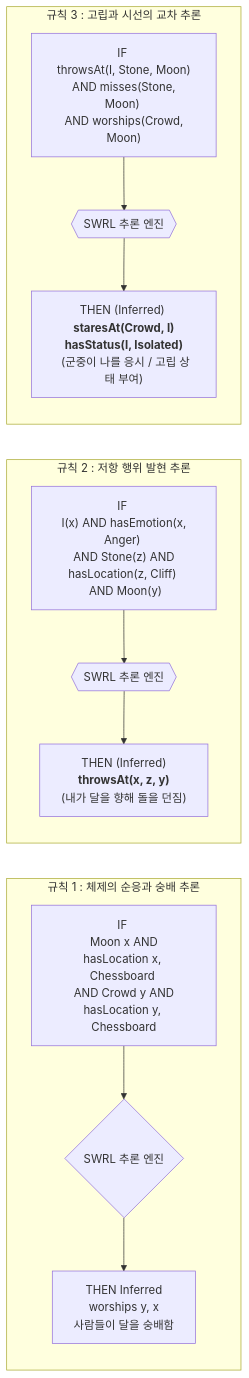
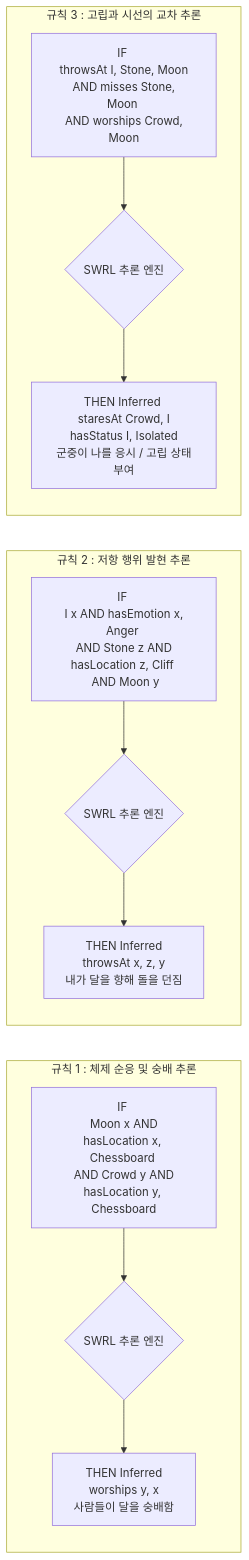
The second of 3 diagrams in index.md (hamnYK/eduContextOn), drawn with Mermaid before and after one commit. The commit also changed other lines of this file and 1 other file, not shown here.

Commit message:
feat: add English landing page with system dynamics and ontology visualizations

```diff
--- a/index.md
+++ b/index.md
@@ -58,26 +58,26 @@
       <div class="mermaid">
 graph LR
-    subgraph Rule_1 [규칙 1 : 체제의 순응과 숭배 추론]
+    subgraph Rule_1 [규칙 1 : 체제 순응 및 숭배 추론]
         R1_Cond[IF <br> Moon x AND hasLocation x, Chessboard <br> AND Crowd y AND hasLocation y, Chessboard]
         R1_Engine{SWRL 추론 엔진}
         R1_Result[THEN Inferred <br> worships y, x <br> 사람들이 달을 숭배함]
         
         R1_Cond --> R1_Engine --> R1_Result
     end
 
     subgraph Rule_2 [규칙 2 : 저항 행위 발현 추론]
-        R2_Cond["IF <br> I(x) AND hasEmotion(x, Anger) <br> AND Stone(z) AND hasLocation(z, Cliff) <br> AND Moon(y)"]
-        R2_Engine{{SWRL 추론 엔진}}
-        R2_Result["THEN (Inferred) <br> <b>throwsAt(x, z, y)</b> <br> (내가 달을 향해 돌을 던짐)"]
+        R2_Cond[IF <br> I x AND hasEmotion x, Anger <br> AND Stone z AND hasLocation z, Cliff <br> AND Moon y]
+        R2_Engine{SWRL 추론 엔진}
+        R2_Result[THEN Inferred <br> throwsAt x, z, y <br> 내가 달을 향해 돌을 던짐]
         
         R2_Cond --> R2_Engine --> R2_Result
     end
 
     subgraph Rule_3 [규칙 3 : 고립과 시선의 교차 추론]
-        R3_Cond["IF <br> throwsAt(I, Stone, Moon) <br> AND misses(Stone, Moon) <br> AND worships(Crowd, Moon)"]
-        R3_Engine{{SWRL 추론 엔진}}
-        R3_Result["THEN (Inferred) <br> <b>staresAt(Crowd, I)</b> <br> <b>hasStatus(I, Isolated)</b> <br> (군중이 나를 응시 / 고립 상태 부여)"]
+        R3_Cond[IF <br> throwsAt I, Stone, Moon <br> AND misses Stone, Moon <br> AND worships Crowd, Moon]
+        R3_Engine{SWRL 추론 엔진}
+        R3_Result[THEN Inferred <br> staresAt Crowd, I <br> hasStatus I, Isolated <br> 군중이 나를 응시 / 고립 상태 부여]
         
         R3_Cond --> R3_Engine --> R3_Result
     end
       </div>
```
